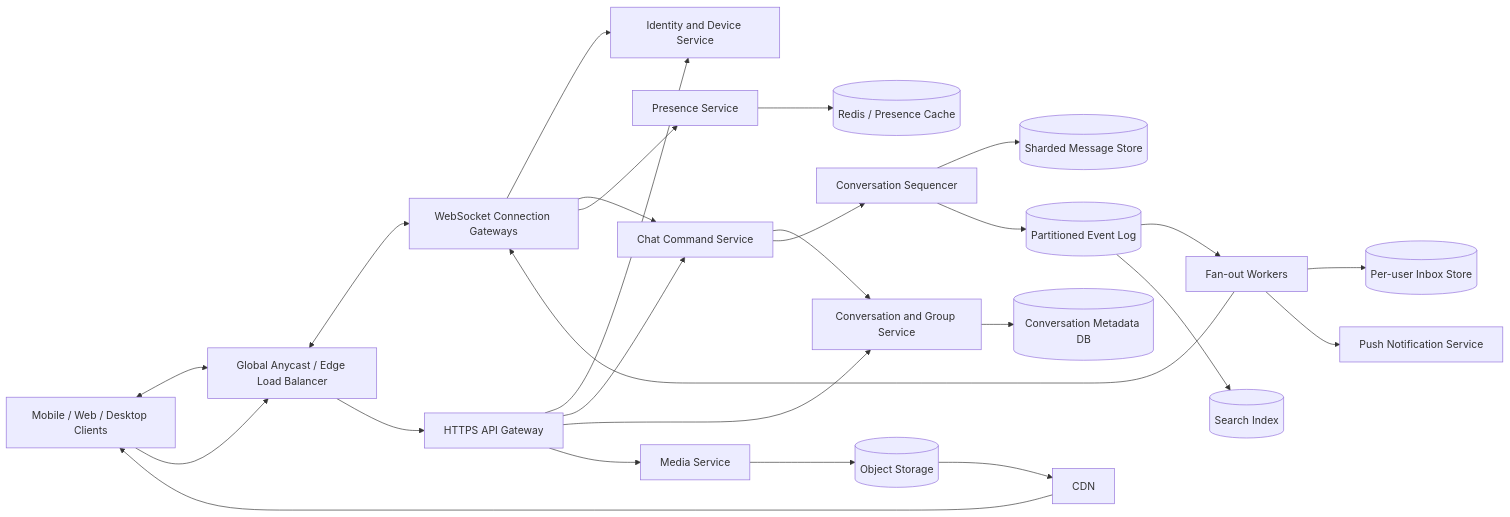
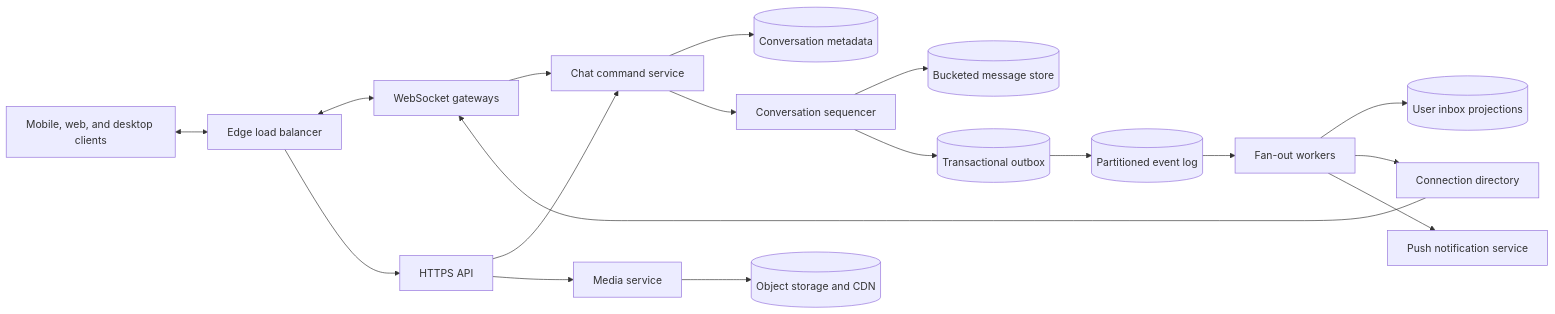
One commit to Pranshu258/system-design changed the second of 5 diagrams in chat-app-system-design.md. Above: the diagram before and after it, drawn with Mermaid. The commit also changed other lines of this file and 23 other files, not shown here.

````diff
--- a/chat-app-system-design.md
+++ b/chat-app-system-design.md
@@ -49,46 +238,20 @@
 ```mermaid
 flowchart LR
-    C[Mobile / Web / Desktop Clients]
-    EDGE[Global Anycast / Edge Load Balancer]
-    GW[WebSocket Connection Gateways]
-    API[HTTPS API Gateway]
-    AUTH[Identity and Device Service]
-    CHAT[Chat Command Service]
-    GROUP[Conversation and Group Service]
-    SEQ[Conversation Sequencer]
-    BUS[(Partitioned Event Log)]
-    FAN[Fan-out Workers]
-    PRES[Presence Service]
-    PUSH[Push Notification Service]
-    MEDIA[Media Service]
-    MSG[(Sharded Message Store)]
-    INBOX[(Per-user Inbox Store)]
-    META[(Conversation Metadata DB)]
-    CACHE[(Redis / Presence Cache)]
-    OBJ[(Object Storage)]
-    CDN[CDN]
-    SEARCH[(Search Index)]
-
-    C <--> EDGE <--> GW
-    C --> EDGE --> API
-    API --> AUTH
-    API --> CHAT
-    API --> GROUP
-    API --> MEDIA
-    GW --> AUTH
-    GW --> CHAT
-    GW --> PRES
-    CHAT --> GROUP
-    CHAT --> SEQ
-    SEQ --> MSG
-    SEQ --> BUS
-    GROUP --> META
-    BUS --> FAN
-    BUS --> SEARCH
-    FAN --> INBOX
-    FAN --> GW
-    FAN --> PUSH
-    PRES --> CACHE
-    MEDIA --> OBJ
-    OBJ --> CDN --> C
+    C["Mobile, web, and desktop clients"] <--> EDGE["Edge load balancer"]
+    EDGE <--> GW["WebSocket gateways"]
+    EDGE --> API["HTTPS API"]
+    GW --> CMD["Chat command service"]
+    API --> CMD
+    CMD --> META[("Conversation metadata")]
+    CMD --> SEQ["Conversation sequencer"]
+    SEQ --> MSG[("Bucketed message store")]
+    SEQ --> OUT[("Transactional outbox")]
+    OUT --> LOG[("Partitioned event log")]
+    LOG --> FAN["Fan-out workers"]
+    FAN --> INBOX[("User inbox projections")]
+    FAN --> DIR["Connection directory"]
+    DIR --> GW
+    FAN --> PUSH["Push notification service"]
+    API --> MEDIA["Media service"]
+    MEDIA --> OBJ[("Object storage and CDN")]
 ```
````
